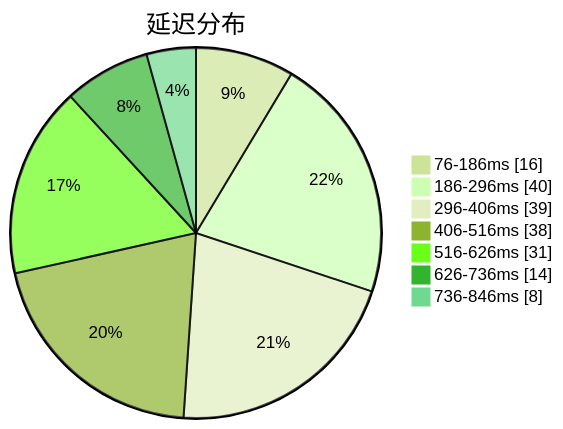
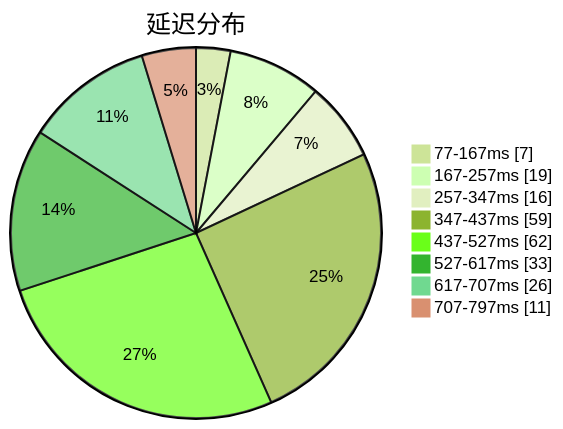
One commit to sinspired/airport changed the first of 3 diagrams in subs/statistics/tested_within.md. Above: the diagram before and after it, drawn with Mermaid (forest theme). The commit also changed other lines of this file and 2 other files, not shown here.

````diff
--- a/subs/statistics/tested_within.md
+++ b/subs/statistics/tested_within.md
@@ -2,11 +2,12 @@
 ```mermaid
 pie showData
 title 延迟分布
-"76-186ms" : 16
-"186-296ms" : 40
-"296-406ms" : 39
-"406-516ms" : 38
-"516-626ms" : 31
-"626-736ms" : 14
-"736-846ms" : 8
+"77-167ms" : 7
+"167-257ms" : 19
+"257-347ms" : 16
+"347-437ms" : 59
+"437-527ms" : 62
+"527-617ms" : 33
+"617-707ms" : 26
+"707-797ms" : 11
 ```
````
